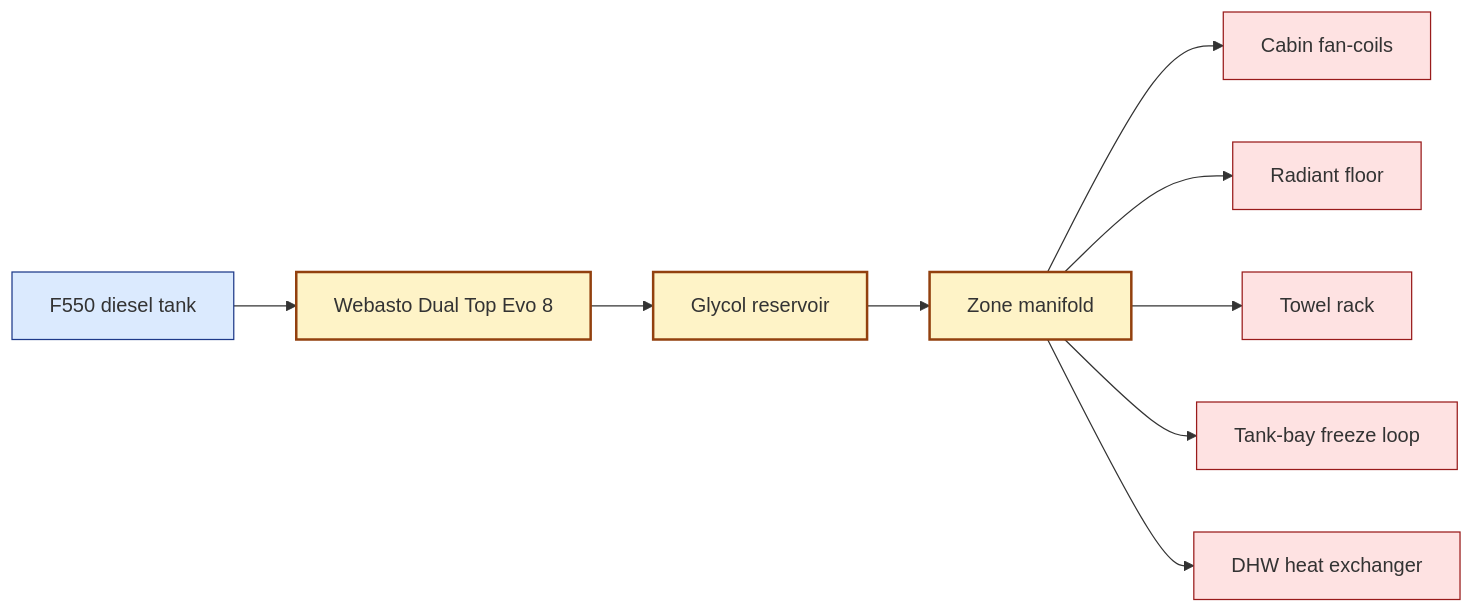
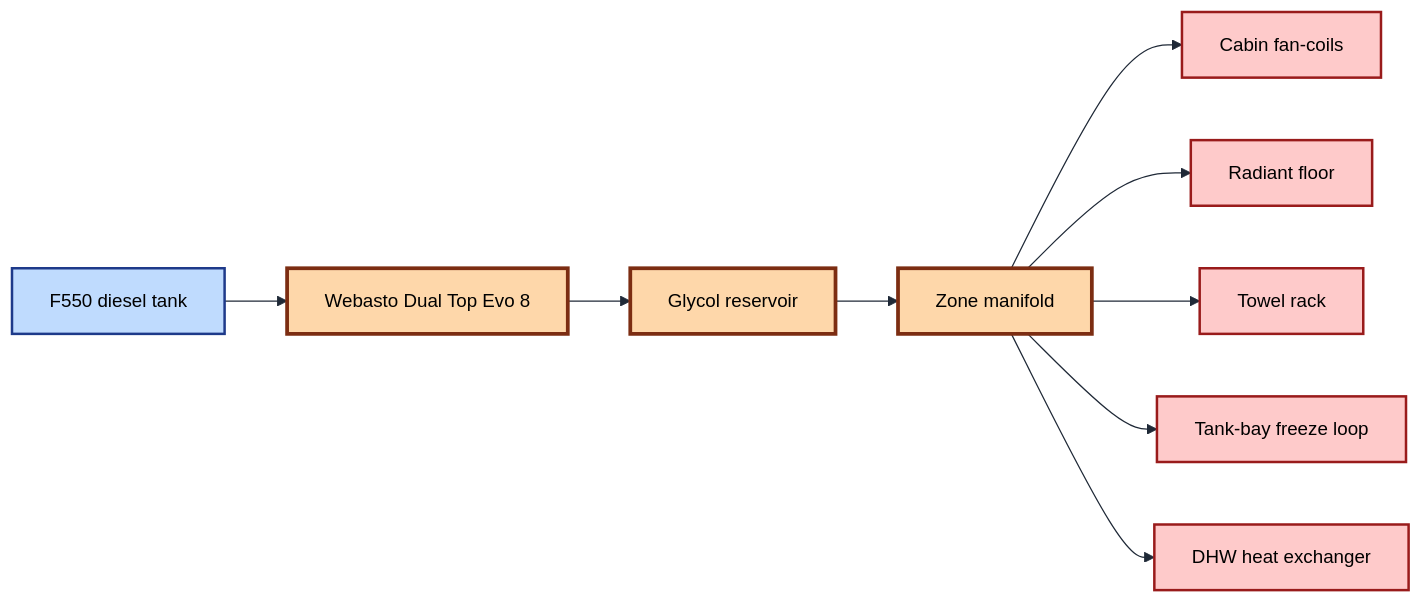
One commit to glonnon/diyearthroamer changed the third of 3 diagrams in plumbing/pid.md. Above: the diagram before and after it, drawn with Mermaid. The commit also changed other lines of this file and 15 other files, not shown here.

First line of the commit message:
Mermaid contrast fixes + dinette / bath / wardrobe / cabover modules

````diff
--- a/plumbing/pid.md
+++ b/plumbing/pid.md
@@ -66,19 +68,20 @@
 ```mermaid
+%%{init: {'theme':'base','themeVariables':{'primaryColor':'#fff','primaryTextColor':'#000','primaryBorderColor':'#000','lineColor':'#1f2937','fontFamily':'Inter, system-ui, sans-serif','fontSize':'15px'}}}%%
 flowchart LR
-    classDef heat fill:#fef3c7,stroke:#92400e,stroke-width:2px
-    classDef zone fill:#fee2e2,stroke:#991b1b
-    classDef src fill:#dbeafe,stroke:#1e3a8a
+    classDef heat fill:#fed7aa,stroke:#7c2d12,stroke-width:3px,color:#000
+    classDef zone fill:#fecaca,stroke:#991b1b,stroke-width:2px,color:#000
+    classDef src fill:#bfdbfe,stroke:#1e3a8a,stroke-width:2px,color:#000
 
     Diesel[F550 diesel tank]:::src
     Burner[Webasto Dual Top Evo 8]:::heat
     Reservoir[Glycol reservoir]:::heat
     ZoneManifold[Zone manifold]:::heat
     Cabin[Cabin fan-coils]:::zone
     Radiant[Radiant floor]:::zone
     Towel[Towel rack]:::zone
     Bay[Tank-bay freeze loop]:::zone
     DHWHX[DHW heat exchanger]:::zone
 
     Diesel --> Burner --> Reservoir --> ZoneManifold
     ZoneManifold --> Cabin & Radiant & Towel & Bay & DHWHX
 ```
````
